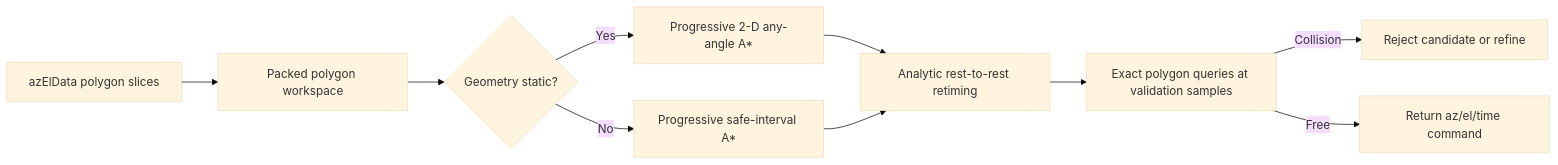
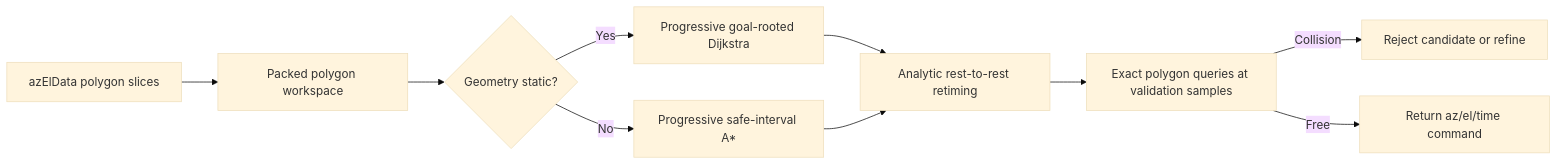
The diagram in standalone/azElAvoidance/docs/ADAPTIVE_ASTAR_PLANNER.md (kevvtrinh/orekitWithMatlab), drawn with Mermaid (base theme) before and after one commit. The commit also changed other lines of this file and 25 other files, not shown here.

Commit message:
Consolidate static planning with goal Dijkstra

````diff
--- a/standalone/azElAvoidance/docs/ADAPTIVE_ASTAR_PLANNER.md
+++ b/standalone/azElAvoidance/docs/ADAPTIVE_ASTAR_PLANNER.md
@@ -38,12 +38,12 @@
 ```mermaid
 flowchart LR
     A["azElData polygon slices"] --> B["Packed polygon workspace"]
     B --> C{"Geometry static?"}
-    C -->|Yes| D["Progressive 2-D any-angle A*"]
+    C -->|Yes| D["Progressive goal-rooted Dijkstra"]
     C -->|No| E["Progressive safe-interval A*"]
     D --> F["Analytic rest-to-rest retiming"]
     E --> F
     F --> G["Exact polygon queries at validation samples"]
     G -->|Collision| H["Reject candidate or refine"]
     G -->|Free| I["Return az/el/time command"]
 ```
````
